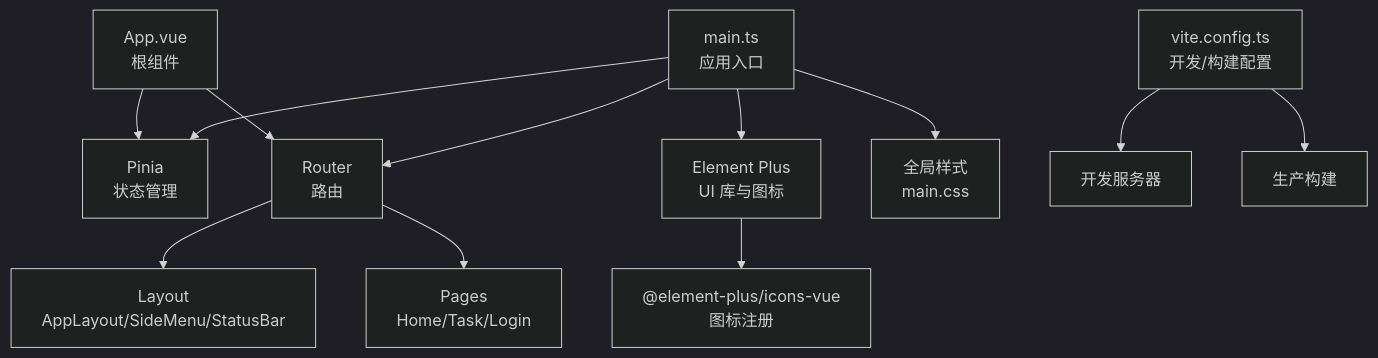
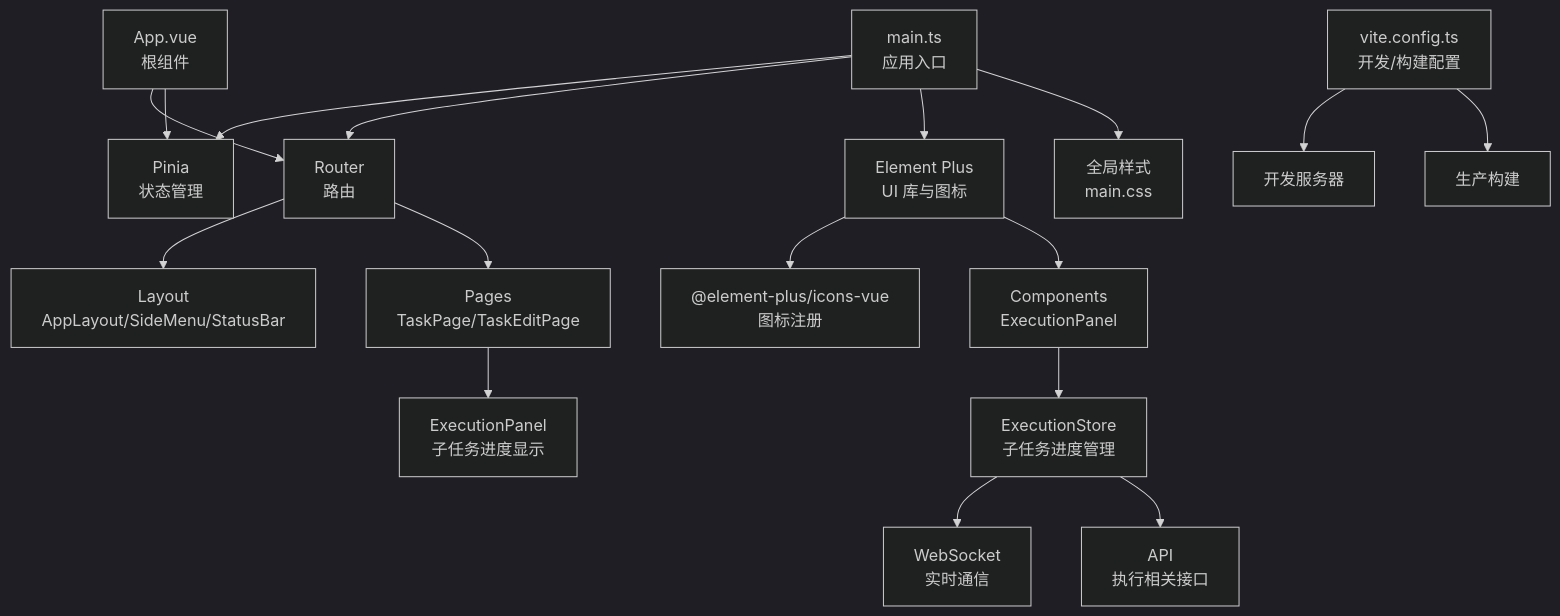
One commit to onebody/ccclubs_AI_RPA changed the second of 11 diagrams in .qoder/repowiki/zh/content/前端管理界面/应用架构设计.md. Above: the diagram before and after it, drawn with Mermaid (dark theme). The commit also changed other lines of this file and 50 other files, not shown here.

Commit message:
fix: 修复 WebSocket 广播可靠性 - 增加错误日志和临时错误容错

````diff
--- a/.qoder/repowiki/zh/content/前端管理界面/应用架构设计.md
+++ b/.qoder/repowiki/zh/content/前端管理界面/应用架构设计.md
@@ -123,14 +144,19 @@
 ```mermaid
 graph TB
 M["main.ts<br/>应用入口"] --> P["Pinia<br/>状态管理"]
 M --> R["Router<br/>路由"]
 M --> E["Element Plus<br/>UI 库与图标"]
 M --> S["全局样式<br/>main.css"]
 A["App.vue<br/>根组件"] --> R
 A --> P
 R --> L["Layout<br/>AppLayout/SideMenu/StatusBar"]
-R --> Page["Pages<br/>Home/Task/Login"]
+R --> Page["Pages<br/>TaskPage/TaskEditPage"]
 E --> Icons["@element-plus/icons-vue<br/>图标注册"]
+E --> Components["Components<br/>ExecutionPanel"]
+Components --> ExecutionStore["ExecutionStore<br/>子任务进度管理"]
+ExecutionStore --> WS["WebSocket<br/>实时通信"]
+ExecutionStore --> API["API<br/>执行相关接口"]
+Page --> ExecutionPanel["ExecutionPanel<br/>子任务进度显示"]
 Build["vite.config.ts<br/>开发/构建配置"] --> Dev["开发服务器"]
 Build --> Prod["生产构建"]
 ```
````
